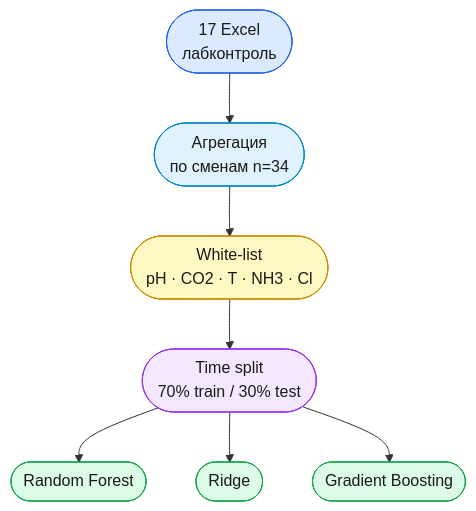
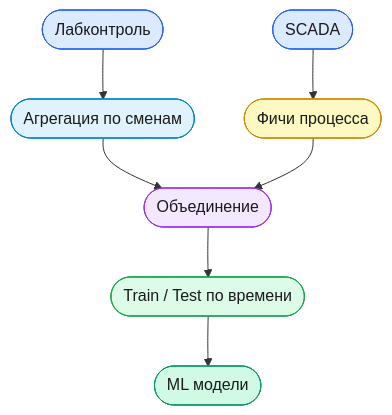
One commit to Misha-42/soda-ml-carbonation-control changed the second of 3 diagrams in README.md. Above: the diagram before and after it, drawn with Mermaid. The commit also changed other lines of this file, not shown here.

````diff
--- a/README.md
+++ b/README.md
@@ -108,17 +129,17 @@
 ```mermaid
 flowchart TD
-    A([17 Excel\nлабконтроль]) --> B([Агрегация\nпо сменам n=34])
-    B --> C([White-list\npH · CO2 · T · NH3 · Cl])
-    C --> D([Time split\n70% train / 30% test])
-    D --> E([Random Forest])
-    D --> F([Ridge])
-    D --> G([Gradient Boosting])
+    A([Лабконтроль]) --> B([Агрегация по сменам])
+    C([SCADA]) --> D([Фичи процесса])
+    B --> E([Объединение])
+    D --> E
+    E --> F([Train / Test по времени])
+    F --> G([ML модели])
 
     style A fill:#dbeafe,stroke:#2563eb,color:#1a1a1a
     style B fill:#e0f2fe,stroke:#0284c7,color:#1a1a1a
-    style C fill:#fef9c3,stroke:#ca8a04,color:#1a1a1a
-    style D fill:#f3e8ff,stroke:#9333ea,color:#1a1a1a
-    style E fill:#dcfce7,stroke:#16a34a,color:#1a1a1a
+    style C fill:#dbeafe,stroke:#2563eb,color:#1a1a1a
+    style D fill:#fef9c3,stroke:#ca8a04,color:#1a1a1a
+    style E fill:#f3e8ff,stroke:#9333ea,color:#1a1a1a
     style F fill:#dcfce7,stroke:#16a34a,color:#1a1a1a
-    style G fill:#dcfce7,stroke:#16a34a,color:#1a1a1a
+    style G fill:#d1fae5,stroke:#059669,color:#1a1a1a
 ```
````
